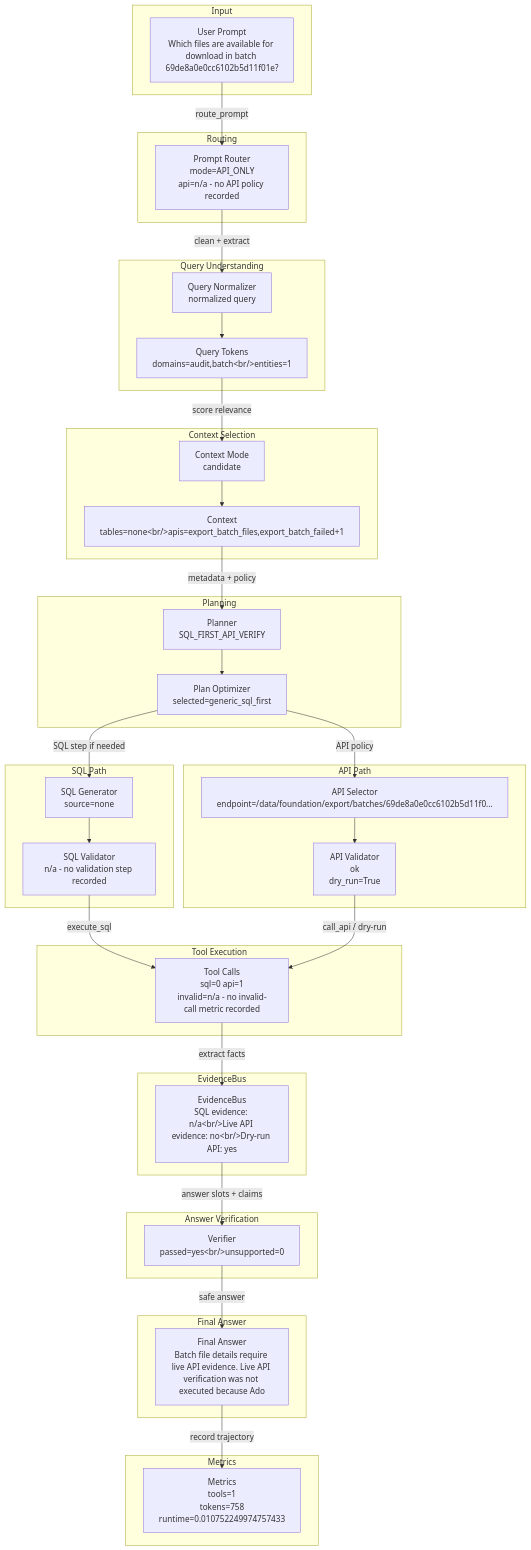
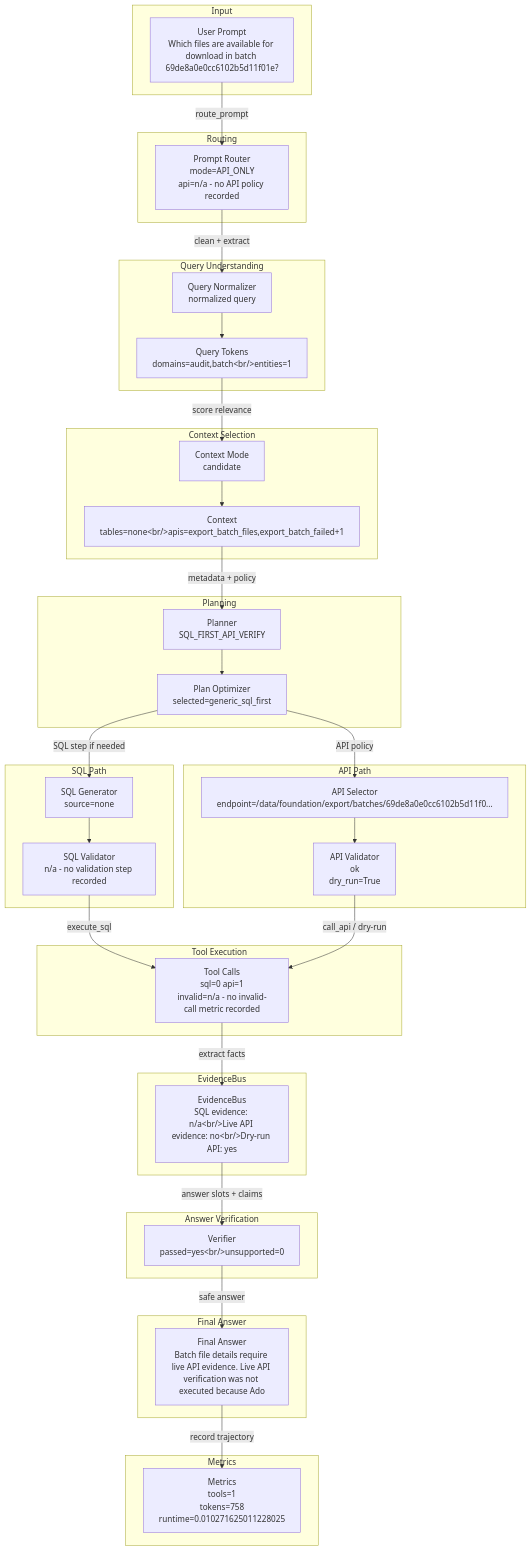
One commit to dashsys-workshop-vldb/dashsys-workshop-vldb.github.io changed the diagram in outputs/visualizations/example_031/sql_first_api_verify/dataflow.md. Above: the diagram before and after it, drawn with Mermaid. The commit also changed other lines of this file and 322 other files, not shown here.

Commit message:
Add shadow repair risk diagnostics and schema voting

````diff
--- a/outputs/visualizations/example_031/sql_first_api_verify/dataflow.md
+++ b/outputs/visualizations/example_031/sql_first_api_verify/dataflow.md
@@ -19,56 +19,56 @@
 ```mermaid
 flowchart TD
   subgraph Input
     input_prompt["User Prompt<br/>Which files are available for download in batch 69de8a0e0cc6102b5d11f01e?"]
   end
   subgraph Routing
     router["Prompt Router<br/>mode=API_ONLY<br/>api=n/a - no API policy recorded"]
     input_prompt -->|route_prompt| router
   end
   subgraph QueryUnderstanding["Query Understanding"]
     normalizer["Query Normalizer<br/>normalized query"]
     tokens["Query Tokens<br/>domains=audit,batch&lt;br/&gt;entities=1"]
     router -->|clean + extract| normalizer --> tokens
   end
   subgraph ContextSelection["Context Selection"]
     context["Context Mode<br/>candidate"]
     candidates["Context<br/>tables=none&lt;br/&gt;apis=export_batch_files,export_batch_failed+1"]
     tokens -->|score relevance| context --> candidates
   end
   subgraph Planning
     planner["Planner<br/>SQL_FIRST_API_VERIFY"]
     optimizer["Plan Optimizer<br/>selected=generic_sql_first"]
     candidates -->|metadata + policy| planner --> optimizer
   end
   subgraph SQLPath["SQL Path"]
     sqlgen["SQL Generator<br/>source=none"]
     sqlval["SQL Validator<br/>n/a - no validation step recorded"]
     optimizer -->|SQL step if needed| sqlgen --> sqlval
   end
   subgraph APIPath["API Path"]
     apisel["API Selector<br/>endpoint=/data/foundation/export/batches/69de8a0e0cc6102b5d11f0..."]
     apival["API Validator<br/>ok<br/>dry_run=True"]
     optimizer -->|API policy| apisel --> apival
   end
   subgraph ToolExecution["Tool Execution"]
     tools["Tool Calls<br/>sql=0 api=1<br/>invalid=n/a - no invalid-call metric recorded"]
     sqlval -->|execute_sql| tools
     apival -->|call_api / dry-run| tools
   end
   subgraph EvidenceBus
     evidence["EvidenceBus<br/>SQL evidence: n/a&lt;br/&gt;Live API evidence: no&lt;br/&gt;Dry-run API: yes"]
     tools -->|extract facts| evidence
   end
   subgraph AnswerVerification["Answer Verification"]
     verifier["Verifier<br/>passed=yes&lt;br/&gt;unsupported=0"]
     evidence -->|answer slots + claims| verifier
   end
   subgraph FinalAnswer["Final Answer"]
     answer["Final Answer<br/>Batch file details require live API evidence. Live API verification was not executed because Ado"]
     verifier -->|safe answer| answer
   end
   subgraph Metrics
-    metrics["Metrics<br/>tools=1<br/>tokens=758<br/>runtime=0.010752249974757433"]
+    metrics["Metrics<br/>tools=1<br/>tokens=758<br/>runtime=0.010271625011228025"]
     answer -->|record trajectory| metrics
   end
 ```
````
